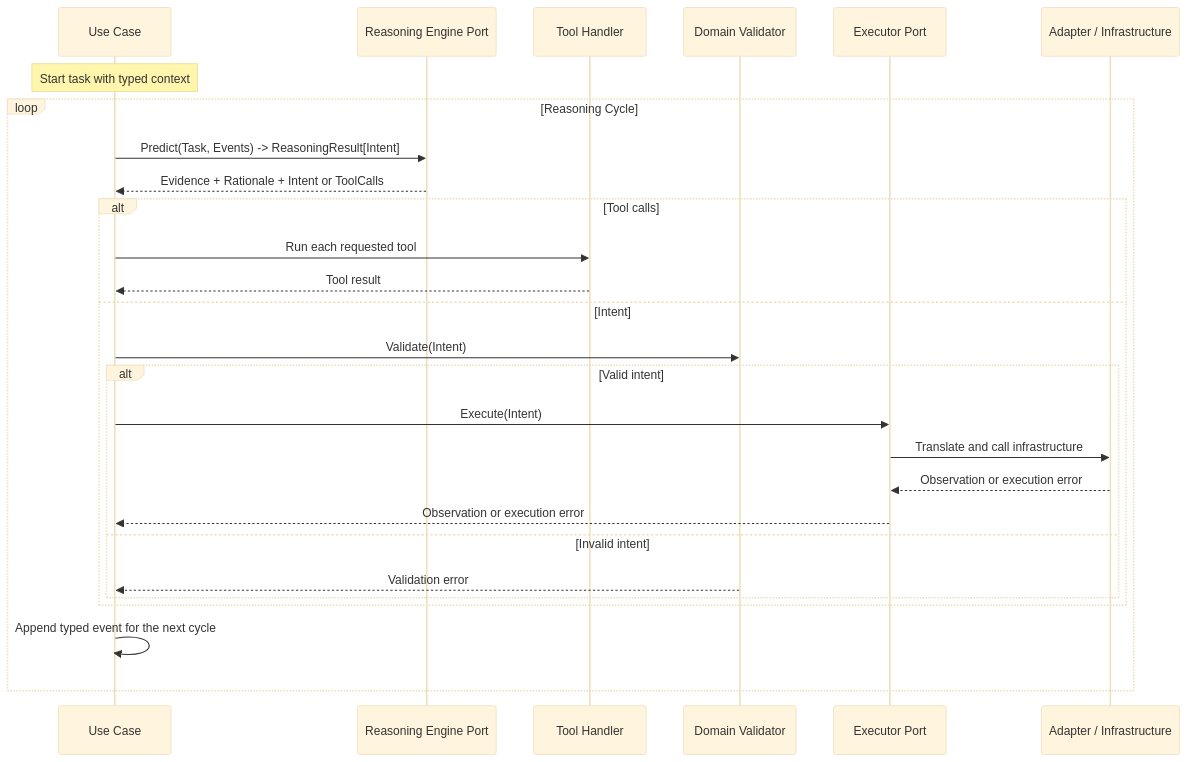
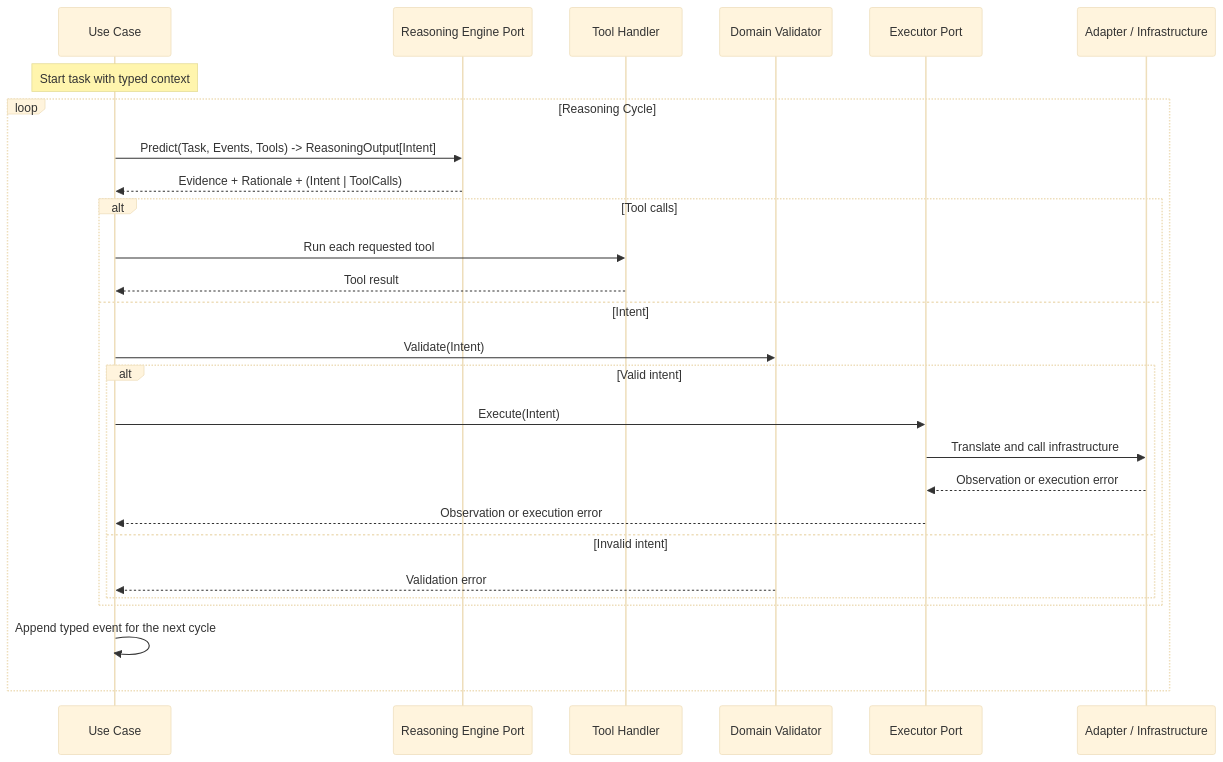
One commit to flarexio/stoa changed the diagram in docs/architecture.md. Above: the diagram before and after it, drawn with Mermaid (base theme). The commit also changed other lines of this file and 12 other files, not shown here.

First line of the commit message:
feat(llm): provider-native structured outputs and tool calls (#47)

````diff
--- a/docs/architecture.md
+++ b/docs/architecture.md
@@ -90,32 +90,32 @@
 ```mermaid
 sequenceDiagram
     participant UC as Use Case
     participant RE as Reasoning Engine Port
     participant TOOL as Tool Handler
     participant DOM as Domain Validator
     participant EX as Executor Port
     participant AD as Adapter / Infrastructure
 
     Note over UC: Start task with typed context
     loop Reasoning Cycle
-        UC->>RE: Predict(Task, Events) -> ReasoningResult[Intent]
-        RE-->>UC: Evidence + Rationale + Intent or ToolCalls
+        UC->>RE: Predict(Task, Events, Tools) -> ReasoningOutput[Intent]
+        RE-->>UC: Evidence + Rationale + (Intent | ToolCalls)
 
         alt Tool calls
             UC->>TOOL: Run each requested tool
             TOOL-->>UC: Tool result
         else Intent
             UC->>DOM: Validate(Intent)
             alt Valid intent
                 UC->>EX: Execute(Intent)
                 EX->>AD: Translate and call infrastructure
                 AD-->>EX: Observation or execution error
                 EX-->>UC: Observation or execution error
             else Invalid intent
                 DOM-->>UC: Validation error
             end
         end
 
         UC->>UC: Append typed event for the next cycle
     end
 ```
````
